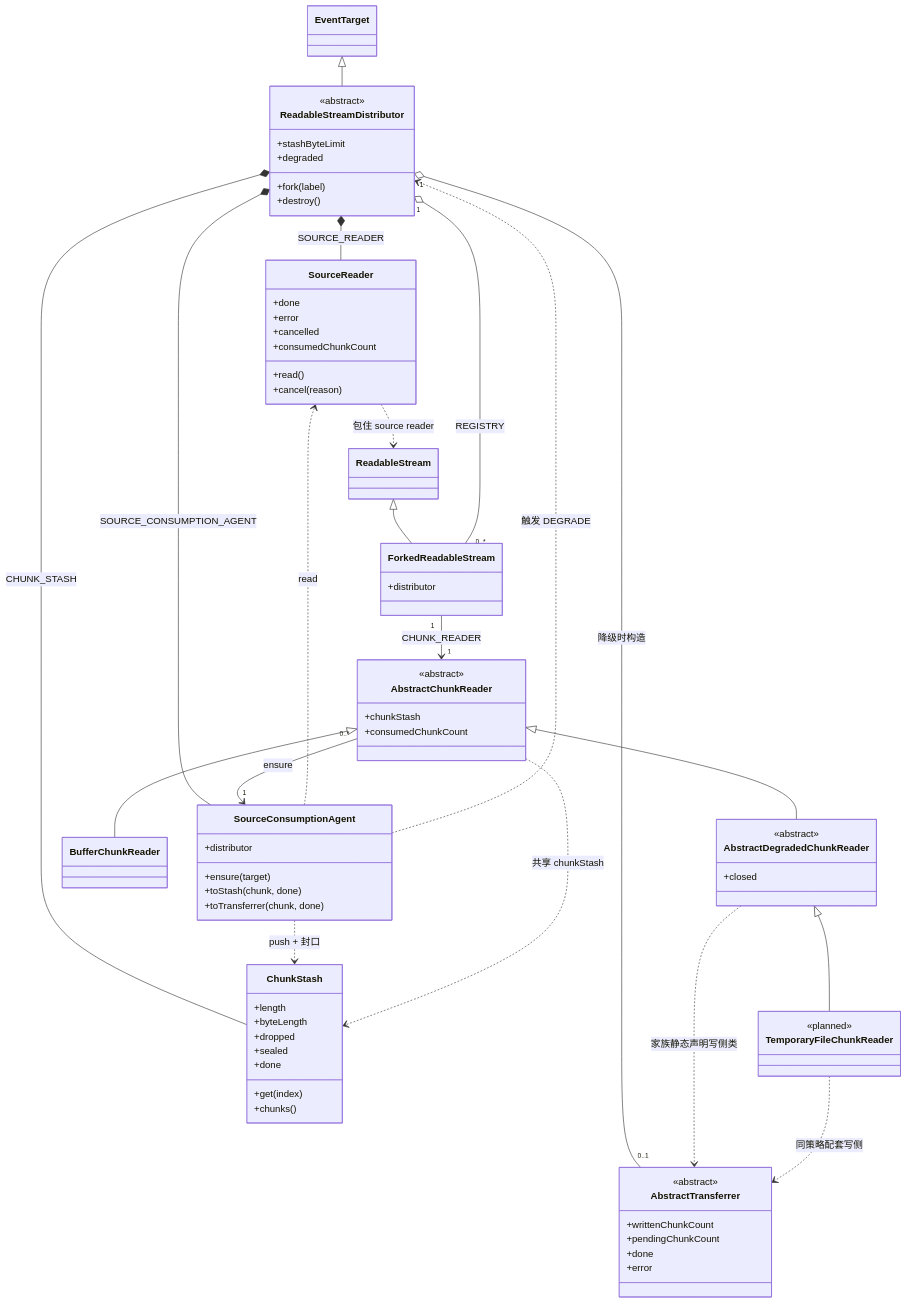
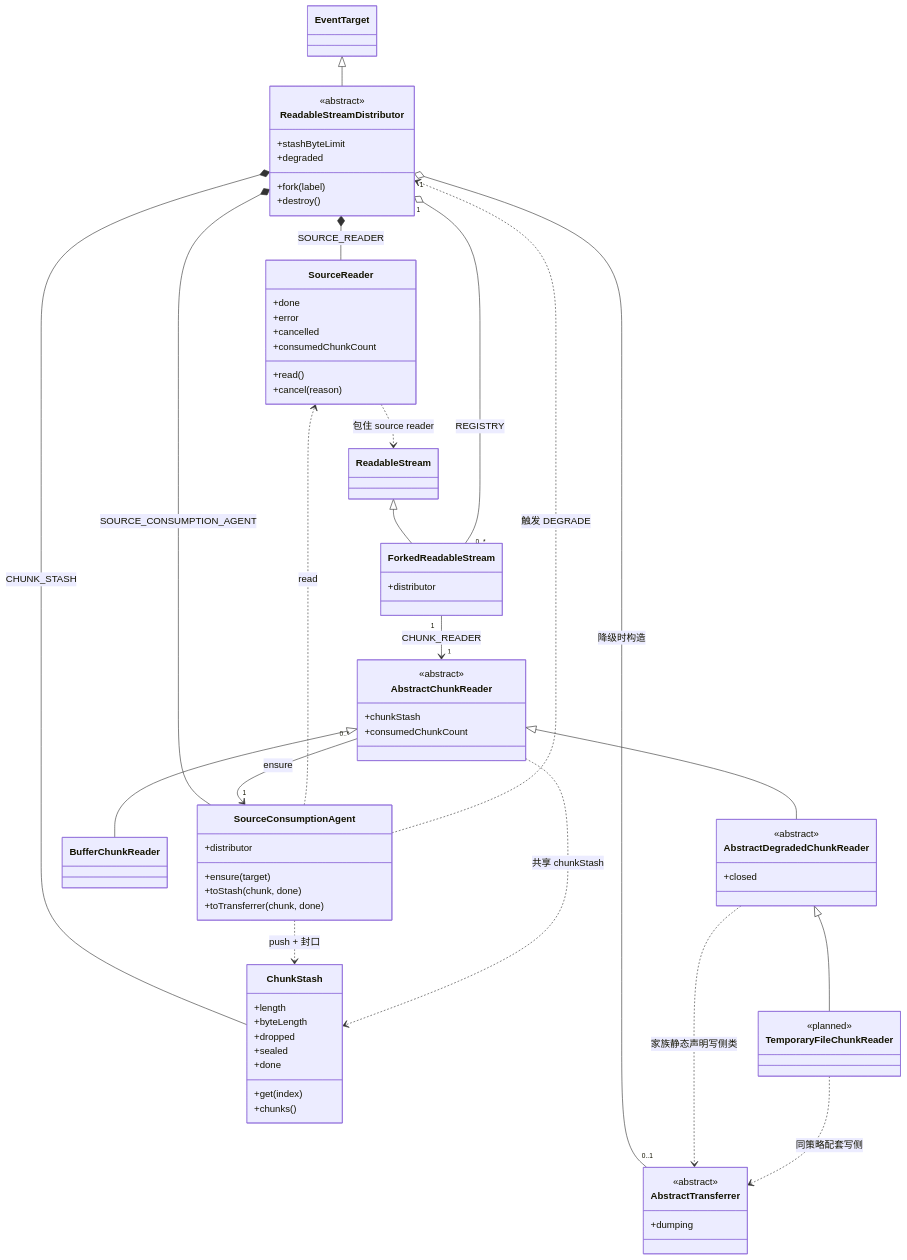
Before and after one commit to produck/node-readable-stream-distributor: the second of 6 diagrams in DESIGN.md, drawn with Mermaid. The commit also changed other lines of this file and 11 other files, not shown here.

```diff
--- a/DESIGN.md
+++ b/DESIGN.md
@@ -185,10 +185,7 @@
 
     class AbstractTransferrer {
         <<abstract>>
-        +writtenChunkCount
-        +pendingChunkCount
-        +done
-        +error
+        +dumping
     }
 
     class TemporaryFileChunkReader {
```
